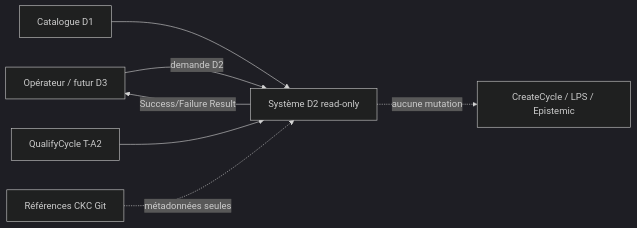
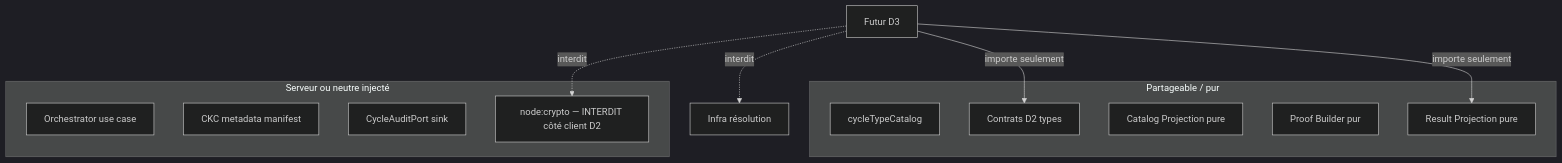
The first of 8 diagrams in sfia-review-handoff/latest-chatgpt-review.md (mcleland147/sfia-workspace), drawn with Mermaid (dark theme) before and after one commit. The commit also changed other lines of this file, not shown here.

Commit message:
docs(review-handoff): publish SFIA Studio V3.1-D2 technical architecture report

````diff
--- a/sfia-review-handoff/latest-chatgpt-review.md
+++ b/sfia-review-handoff/latest-chatgpt-review.md
@@ -117,9 +122,20 @@
 ```mermaid
-flowchart LR
-  Actor[Opérateur / futur D3] -->|demande D2| D2[Système D2 read-only]
-  D1[Catalogue D1] --> D2
-  T-A2[QualifyCycle T-A2] --> D2
-  CKCrefs[Références CKC Git] -.->|métadonnées seules| D2
-  D2 -->|Success/Failure Result| Actor
-  D2 -.->|aucune mutation| Forbidden[CreateCycle / LPS / Epistemic]
+flowchart TB
+  subgraph shareable [Partageable / pur]
+    Cat[cycleTypeCatalog]
+    Types[Contrats D2 types]
+    Proj[Catalog Projection pure]
+    Proof[Proof Builder pur]
+    ResProj[Result Projection pure]
+  end
+  subgraph serverish [Serveur ou neutre injecté]
+    Orch[Orchestrator use case]
+    Manifest[CKC metadata manifest]
+    Audit[CycleAuditPort sink]
+    Crypto[node:crypto — INTERDIT côté client D2]
+  end
+  D3[Futur D3] -->|importe seulement| Types
+  D3 -->|importe seulement| ResProj
+  D3 -.->|interdit| Crypto
+  D3 -.->|interdit| ManifestInfra[Infra résolution]
 ```
````
